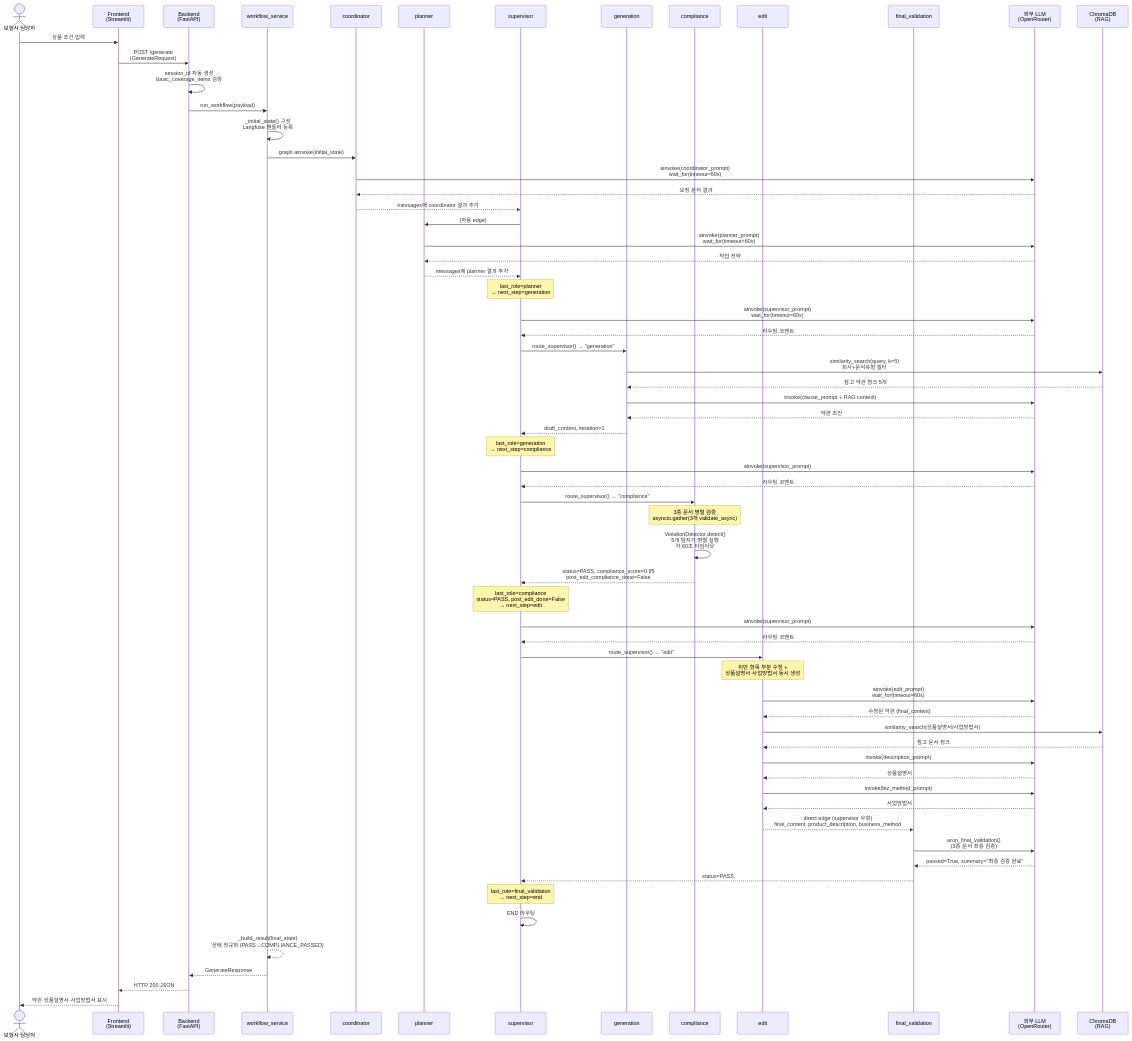
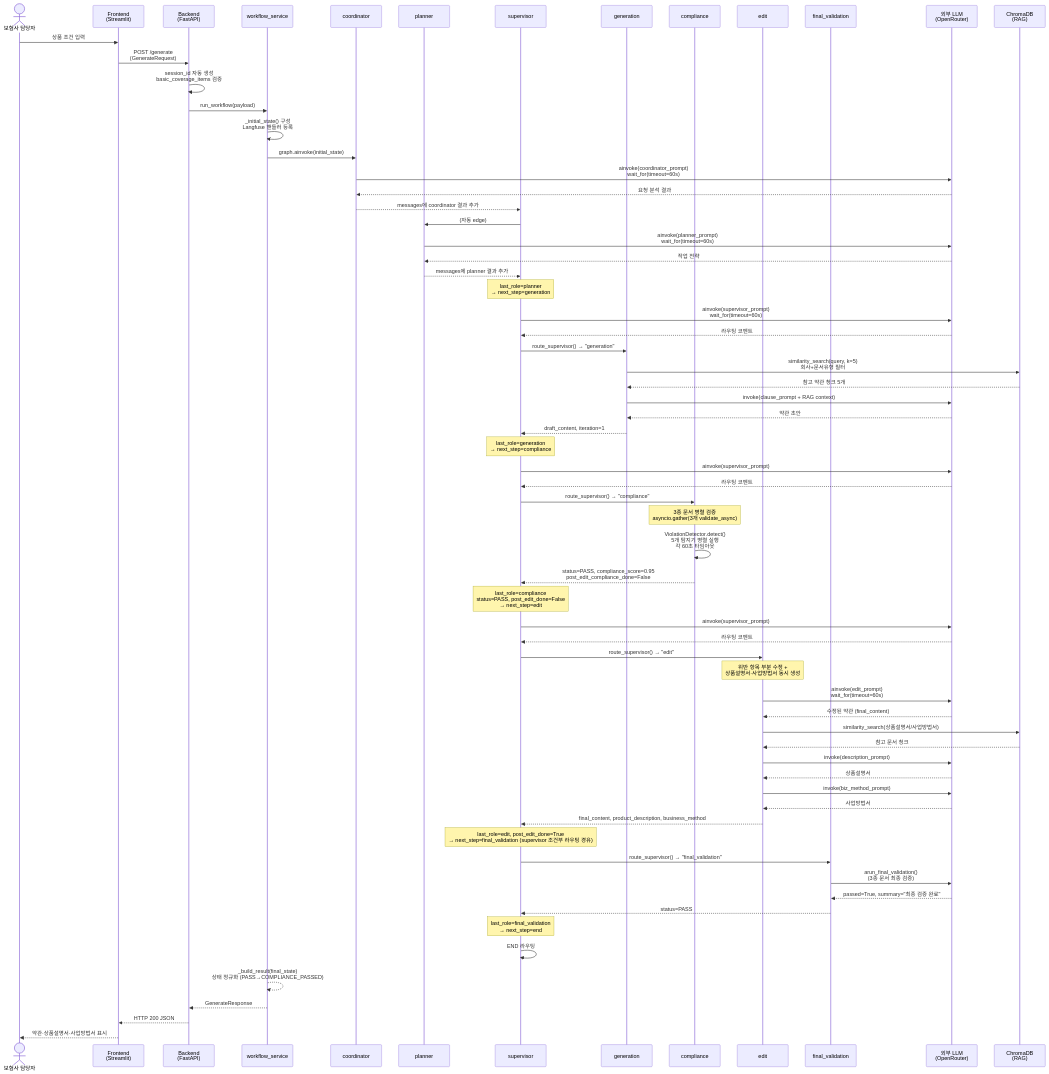
Before and after one commit to rlaghwo730/PoCat-project: the first of 3 diagrams in docs/04_sequence.md, drawn with Mermaid. The commit also changed other lines of this file and 12 other files, not shown here.

````diff
--- a/docs/04_sequence.md
+++ b/docs/04_sequence.md
@@ -14,80 +14,82 @@
 ```mermaid
 sequenceDiagram
     actor 담당자 as 보험사 담당자
     participant FE as Frontend<br/>(Streamlit)
     participant API as Backend<br/>(FastAPI)
     participant WF as workflow_service
     participant COORD as coordinator
     participant PLAN as planner
     participant SUP as supervisor
     participant GEN as generation
     participant COMP as compliance
     participant EDIT as edit
     participant FV as final_validation
     participant LLM as 외부 LLM<br/>(OpenRouter)
     participant RAG as ChromaDB<br/>(RAG)
 
     담당자->>FE: 상품 조건 입력
     FE->>API: POST /generate<br/>(GenerateRequest)
     API->>API: session_id 자동 생성<br/>basic_coverage_items 검증
     API->>WF: run_workflow(payload)
     WF->>WF: _initial_state() 구성<br/>Langfuse 핸들러 등록
 
     WF->>COORD: graph.ainvoke(initial_state)
     COORD->>LLM: ainvoke(coordinator_prompt)<br/>wait_for(timeout=60s)
     LLM-->>COORD: 요청 분석 결과
     COORD-->>SUP: messages에 coordinator 결과 추가
 
     SUP->>PLAN: (자동 edge)
     PLAN->>LLM: ainvoke(planner_prompt)<br/>wait_for(timeout=60s)
     LLM-->>PLAN: 작업 전략
     PLAN-->>SUP: messages에 planner 결과 추가
 
     Note over SUP: last_role=planner<br/>→ next_step=generation
     SUP->>LLM: ainvoke(supervisor_prompt)<br/>wait_for(timeout=60s)
     LLM-->>SUP: 라우팅 코멘트
 
     SUP->>GEN: route_supervisor() → "generation"
     GEN->>RAG: similarity_search(query, k=5)<br/>회사+문서유형 필터
     RAG-->>GEN: 참고 약관 청크 5개
     GEN->>LLM: invoke(clause_prompt + RAG context)
     LLM-->>GEN: 약관 초안
     GEN-->>SUP: draft_content, iteration=1
 
     Note over SUP: last_role=generation<br/>→ next_step=compliance
     SUP->>LLM: ainvoke(supervisor_prompt)
     LLM-->>SUP: 라우팅 코멘트
 
     SUP->>COMP: route_supervisor() → "compliance"
     Note over COMP: 3종 문서 병렬 검증<br/>asyncio.gather(3개 validate_async)
     COMP->>COMP: ViolationDetector.detect()<br/>5개 탐지기 병렬 실행<br/>각 60초 타임아웃
     COMP-->>SUP: status=PASS, compliance_score=0.95<br/>post_edit_compliance_done=False
 
     Note over SUP: last_role=compliance<br/>status=PASS, post_edit_done=False<br/>→ next_step=edit
     SUP->>LLM: ainvoke(supervisor_prompt)
     LLM-->>SUP: 라우팅 코멘트
 
     SUP->>EDIT: route_supervisor() → "edit"
     Note over EDIT: 위반 항목 부분 수정 +<br/>상품설명서·사업방법서 동시 생성
     EDIT->>LLM: ainvoke(edit_prompt)<br/>wait_for(timeout=60s)
     LLM-->>EDIT: 수정된 약관 (final_content)
     EDIT->>RAG: similarity_search(상품설명서/사업방법서)
     RAG-->>EDIT: 참고 문서 청크
     EDIT->>LLM: invoke(description_prompt)
     LLM-->>EDIT: 상품설명서
     EDIT->>LLM: invoke(biz_method_prompt)
     LLM-->>EDIT: 사업방법서
-    EDIT-->>FV: direct edge (supervisor 우회)<br/>final_content, product_description, business_method
+    EDIT-->>SUP: final_content, product_description, business_method
+    Note over SUP: last_role=edit, post_edit_done=True<br/>→ next_step=final_validation (supervisor 조건부 라우팅 경유)
+    SUP->>FV: route_supervisor() → "final_validation"
 
     FV->>LLM: arun_final_validation()<br/>(3종 문서 최종 검증)
     LLM-->>FV: passed=True, summary="최종 검증 완료"
     FV-->>SUP: status=PASS
 
     Note over SUP: last_role=final_validation<br/>→ next_step=end
     SUP->>SUP: END 라우팅
 
     WF-->>WF: _build_result(final_state)<br/>상태 정규화 (PASS→COMPLIANCE_PASSED)
     WF-->>API: GenerateResponse
     API-->>FE: HTTP 200 JSON
     FE-->>담당자: 약관·상품설명서·사업방법서 표시
 ```
````
